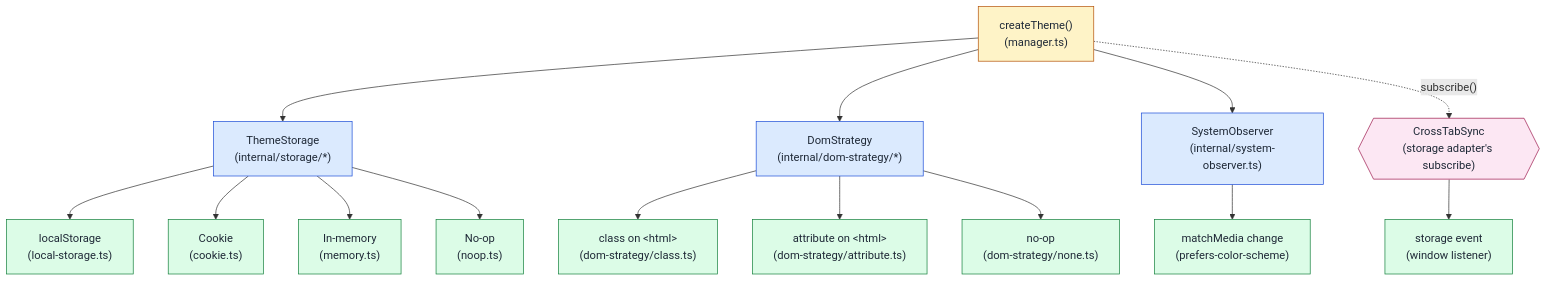
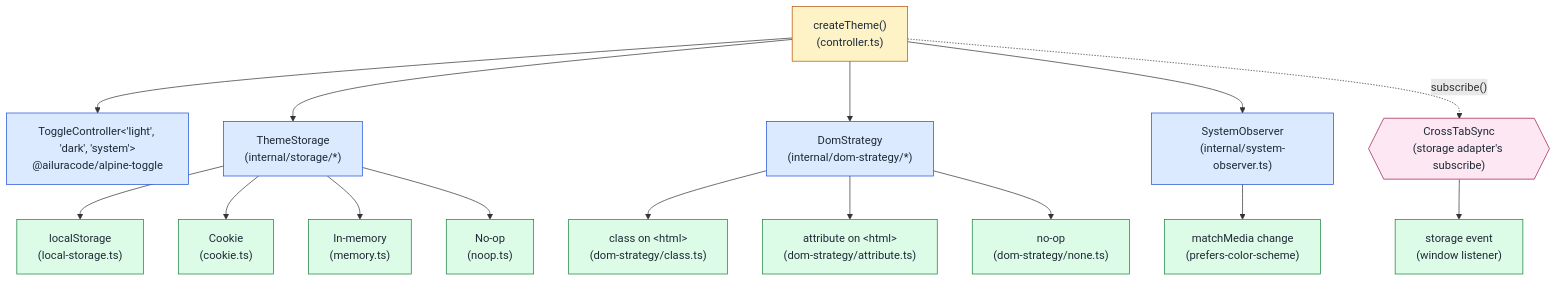
One commit to ailuracode/alpinejs-toolkit changed the diagram in packages/theme/README.md. Above: the diagram before and after it, drawn with Mermaid. The commit also changed other lines of this file and 31 other files, not shown here.

````diff
--- a/packages/theme/README.md
+++ b/packages/theme/README.md
@@ -7,41 +7,43 @@
 ```mermaid
 flowchart TD
-    entry["createTheme()<br/>(manager.ts)"]:::entry
+    entry["createTheme()<br/>(controller.ts)"]:::entry
 
+    toggle["ToggleController&lt;'light', 'dark', 'system'&gt;<br/>@ailuracode/alpine-toggle"]:::module
     storage["ThemeStorage<br/>(internal/storage/*)"]:::module
     dom["DomStrategy<br/>(internal/dom-strategy/*)"]:::module
     system["SystemObserver<br/>(internal/system-observer.ts)"]:::module
     crosstab{{"CrossTabSync<br/>(storage adapter's subscribe)"}}:::crosstab
 
     ls["localStorage<br/>(local-storage.ts)"]:::impl
     cookie["Cookie<br/>(cookie.ts)"]:::impl
     memory["In-memory<br/>(memory.ts)"]:::impl
     noop["No-op<br/>(noop.ts)"]:::impl
 
     classStrategy["class on &lt;html&gt;<br/>(dom-strategy/class.ts)"]:::impl
     attributeStrategy["attribute on &lt;html&gt;<br/>(dom-strategy/attribute.ts)"]:::impl
     noneStrategy["no-op<br/>(dom-strategy/none.ts)"]:::impl
     matchMedia["matchMedia change<br/>(prefers-color-scheme)"]:::impl
     storageEvent["storage event<br/>(window listener)"]:::impl
 
+    entry --> toggle
     entry --> storage
     entry --> dom
     entry --> system
     entry -. "subscribe()" .-> crosstab
 
     storage --> ls
     storage --> cookie
     storage --> memory
     storage --> noop
 
     dom --> classStrategy
     dom --> attributeStrategy
     dom --> noneStrategy
     system --> matchMedia
     crosstab --> storageEvent
 
     classDef entry fill:#fef3c7,stroke:#b45309,color:#1f2937
     classDef module fill:#dbeafe,stroke:#1d4ed8,color:#1f2937
     classDef crosstab fill:#fce7f3,stroke:#9d174d,color:#1f2937
     classDef impl fill:#dcfce7,stroke:#15803d,color:#1f2937
 ```
````
